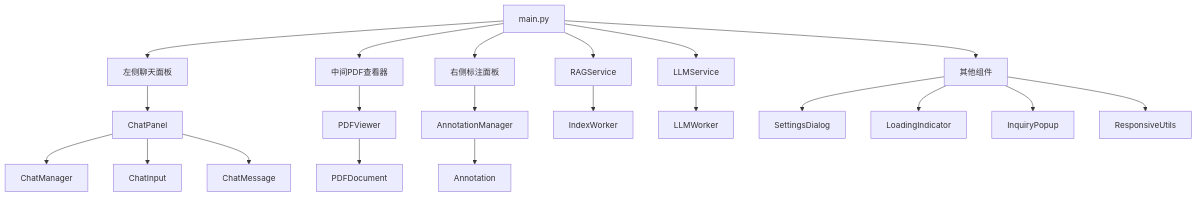
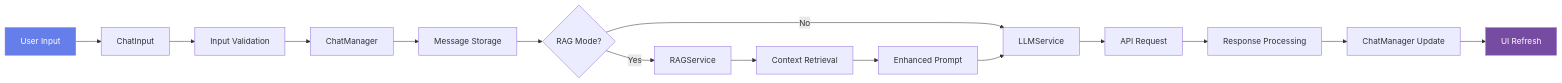
The fourth of 6 diagrams in PROJECT_DOCS.md (Jackela/ai_enhanced_pdf_scholar), drawn with Mermaid before and after one commit. The commit also changed other lines of this file and 3 other files, not shown here.

````diff
--- a/PROJECT_DOCS.md
+++ b/PROJECT_DOCS.md
@@ -16,29 +286,23 @@
 ```mermaid
-graph TD
-    A[main.py] --> B[左侧聊天面板]
-    A --> C[中间PDF查看器]
-    A --> D[右侧标注面板]
+graph LR
+    A[User Input] --> B[ChatInput]
+    B --> C[Input Validation]
+    C --> D[ChatManager]
+    D --> E[Message Storage]
     
-    B --> E[ChatPanel]
-    E --> F[ChatManager]
-    E --> G[ChatInput]
-    E --> H[ChatMessage]
+    E --> F{RAG Mode?}
+    F -->|Yes| G[RAGService]
+    F -->|No| H[LLMService]
     
-    C --> I[PDFViewer]
-    I --> J[PDFDocument]
+    G --> I[Context Retrieval]
+    I --> J[Enhanced Prompt]
+    J --> H
     
-    D --> K[AnnotationManager]
-    K --> L[Annotation]
+    H --> K[API Request]
+    K --> L[Response Processing]
+    L --> M[ChatManager Update]
+    M --> N[UI Refresh]
     
-    A --> M[RAGService]
-    M --> N[IndexWorker]
-    
-    A --> O[LLMService]
-    O --> P[LLMWorker]
-    
-    A --> Q[其他组件]
-    Q --> R[SettingsDialog]
-    Q --> S[LoadingIndicator]
-    Q --> T[InquiryPopup]
-    Q --> U[ResponsiveUtils]
+    style A fill:#667eea,color:#fff
+    style N fill:#764ba2,color:#fff
 ```
````
